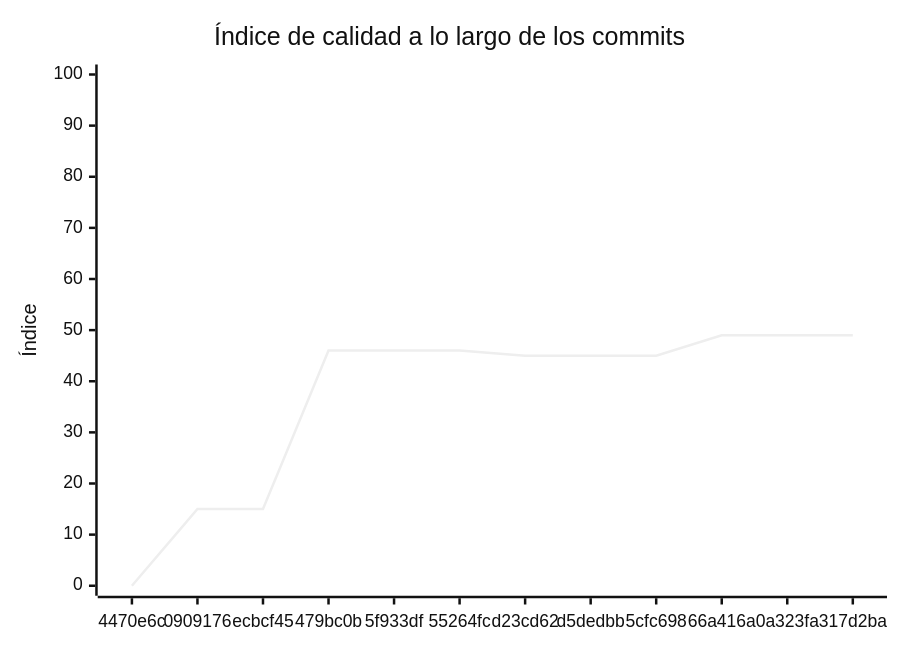
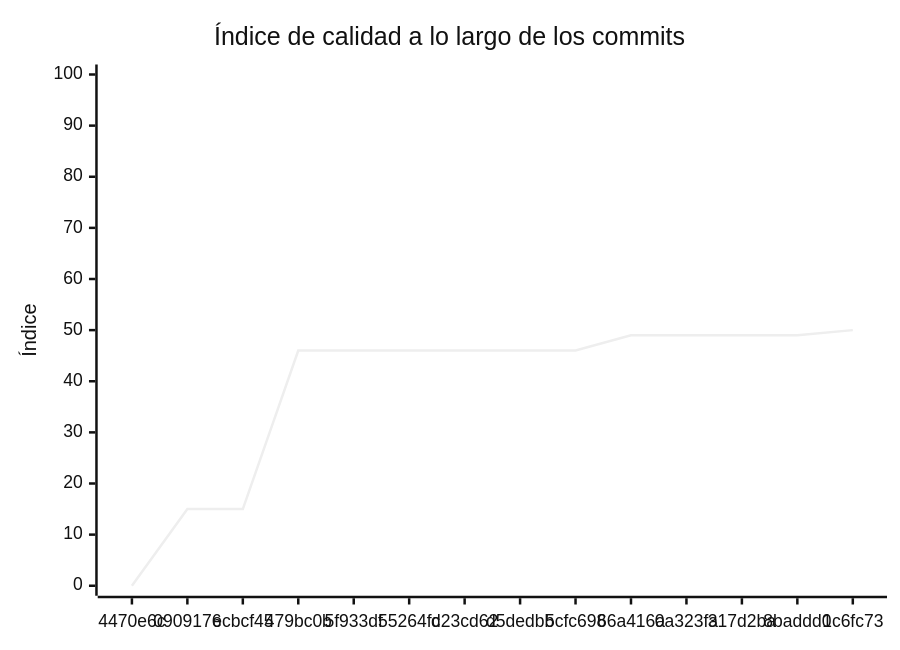
Before and after one commit to Final-Programacion-II/turnos-appointments-service: the diagram in docs/EVALUACION.md, drawn with Mermaid (neutral theme). The commit also changed other lines of this file and 1 other file, not shown here.

````diff
--- a/docs/EVALUACION.md
+++ b/docs/EVALUACION.md
@@ -392,7 +267,7 @@
 ```mermaid
 xychart-beta
     title "Índice de calidad a lo largo de los commits"
-    x-axis ["4470e6c", "0909176", "ecbcf45", "479bc0b", "5f933df", "55264fc", "d23cd62", "d5dedbb", "5cfc698", "66a416a", "0a323fa", "317d2ba"]
+    x-axis ["4470e6c", "0909176", "ecbcf45", "479bc0b", "5f933df", "55264fc", "d23cd62", "d5dedbb", "5cfc698", "66a416a", "0a323fa", "317d2ba", "8baddd0", "1c6fc73"]
     y-axis "Índice" 0 --> 100
-    line [0, 15, 15, 46, 46, 46, 45, 45, 45, 49, 49, 49]
+    line [0, 15, 15, 46, 46, 46, 46, 46, 46, 49, 49, 49, 49, 50]
 ```
````
